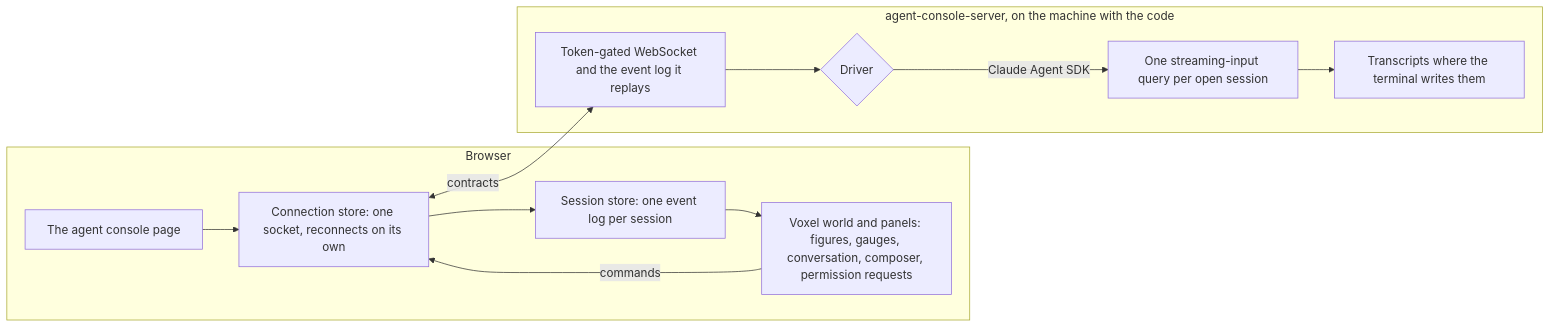
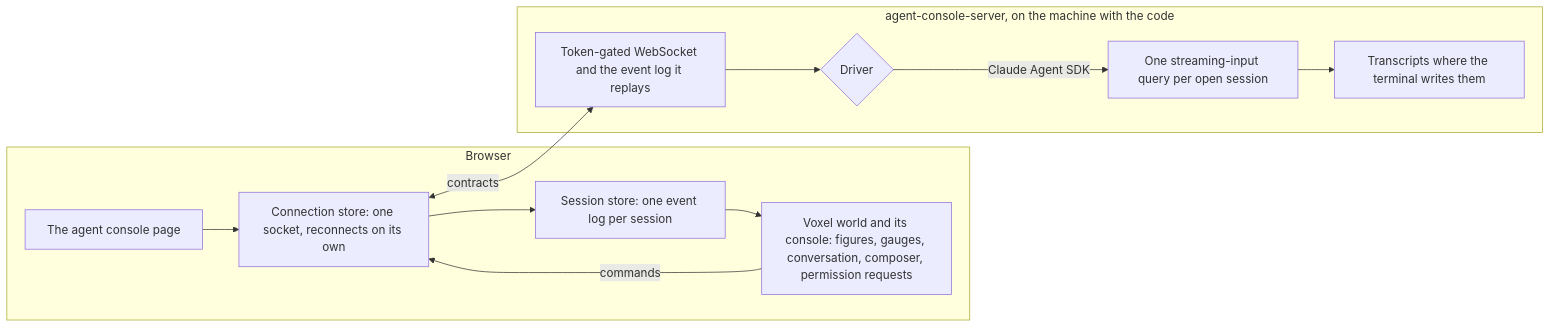
The diagram in apps/web/content/docs/infra/claude-interface/agent-console/index.md (Esposter/Esposter), drawn with Mermaid before and after one commit. The commit also changed other lines of this file and 29 other files, not shown here.

First line of the commit message:
feat(agent-console): the world is the page, and the console an overlay called up over it

````diff
--- a/apps/web/content/docs/infra/claude-interface/agent-console/index.md
+++ b/apps/web/content/docs/infra/claude-interface/agent-console/index.md
@@ -14,15 +14,15 @@
 ```mermaid
 flowchart LR
   subgraph Browser
     P[The agent console page] --> C[Connection store: one socket, reconnects on its own]
     C --> S[Session store: one event log per session]
-    S --> W[Voxel world and panels: figures, gauges, conversation, composer, permission requests]
+    S --> W[Voxel world and its console: figures, gauges, conversation, composer, permission requests]
     W -->|commands| C
   end
   subgraph Host[agent-console-server, on the machine with the code]
     WS[Token-gated WebSocket and the event log it replays] --> D{Driver}
     D -->|Claude Agent SDK| Q[One streaming-input query per open session]
     Q --> T[Transcripts where the terminal writes them]
   end
   C <-->|contracts| WS
 ```
````
